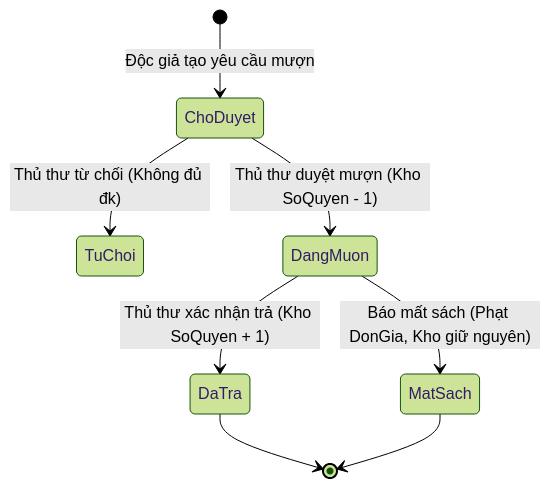
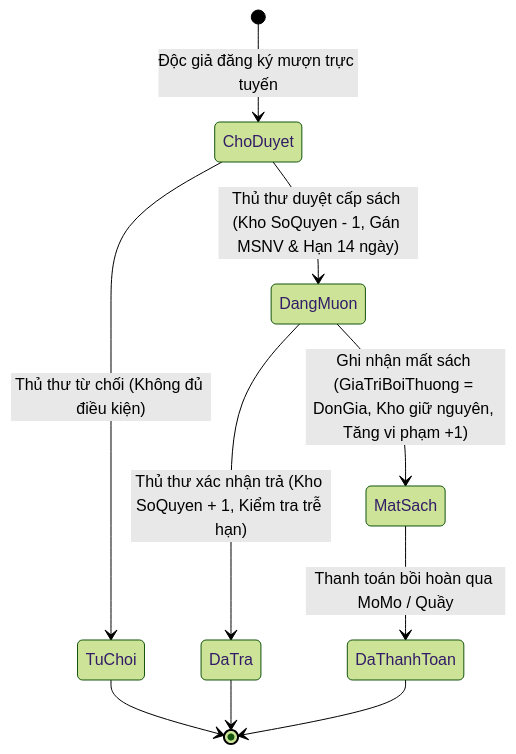
Before and after one commit to TranAnhVu2005/B2306603_Tran_Anh_Vu_Manage_Book_At_Library: the diagram in docs/04_FLOW_LOGIC.md, drawn with Mermaid (forest theme). The commit also changed other lines of this file and 49 other files, not shown here.

````diff
--- a/docs/04_FLOW_LOGIC.md
+++ b/docs/04_FLOW_LOGIC.md
@@ -9,10 +9,12 @@
 ```mermaid
 stateDiagram-v2
-    [*] --> ChoDuyet: Độc giả tạo yêu cầu mượn
-    ChoDuyet --> TuChoi: Thủ thư từ chối (Không đủ đk)
-    ChoDuyet --> DangMuon: Thủ thư duyệt mượn (Kho SoQuyen - 1)
-    DangMuon --> DaTra: Thủ thư xác nhận trả (Kho SoQuyen + 1)
-    DangMuon --> MatSach: Báo mất sách (Phạt DonGia, Kho giữ nguyên)
+    [*] --> ChoDuyet: Độc giả đăng ký mượn trực tuyến
+    ChoDuyet --> TuChoi: Thủ thư từ chối (Không đủ điều kiện)
+    ChoDuyet --> DangMuon: Thủ thư duyệt cấp sách (Kho SoQuyen - 1, Gán MSNV & Hạn 14 ngày)
+    DangMuon --> DaTra: Thủ thư xác nhận trả (Kho SoQuyen + 1, Kiểm tra trễ hạn)
+    DangMuon --> MatSach: Ghi nhận mất sách (GiaTriBoiThuong = DonGia, Kho giữ nguyên, Tăng vi phạm +1)
+    MatSach --> DaThanhToan: Thanh toán bồi hoàn qua MoMo / Quầy
     DaTra --> [*]
-    MatSach --> [*]
+    TuChoi --> [*]
+    DaThanhToan --> [*]
 ```
````
